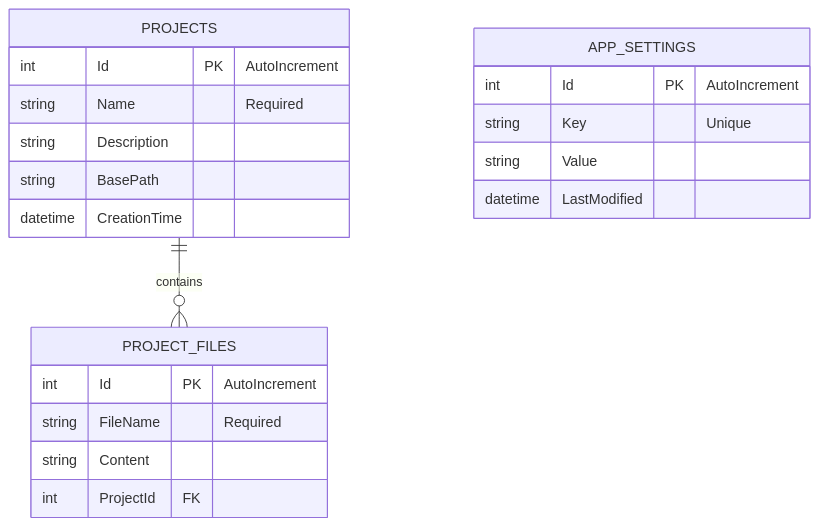
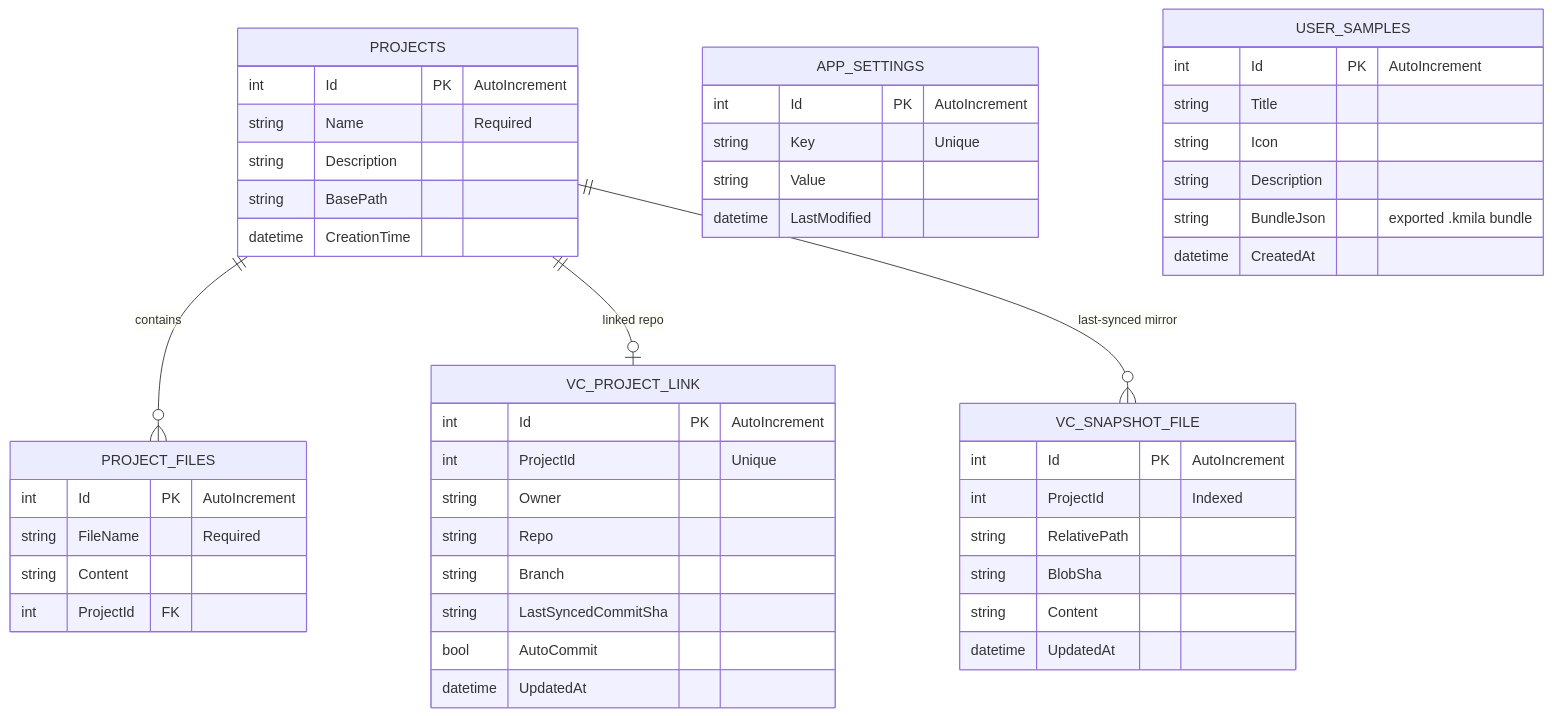
The eighth of 19 diagrams in README.md (Kmila9s/Kmila), drawn with Mermaid before and after one commit. The commit also changed other lines of this file and 2 other files, not shown here.

````diff
--- a/README.md
+++ b/README.md
@@ -415,26 +421,57 @@
 ```mermaid
 erDiagram
     PROJECTS {
         int Id PK "AutoIncrement"
         string Name "Required"
         string Description
         string BasePath
         datetime CreationTime
     }
 
     PROJECT_FILES {
         int Id PK "AutoIncrement"
         string FileName "Required"
         string Content
         int ProjectId FK
     }
 
     APP_SETTINGS {
         int Id PK "AutoIncrement"
         string Key "Unique"
         string Value
         datetime LastModified
     }
 
+    USER_SAMPLES {
+        int Id PK "AutoIncrement"
+        string Title
+        string Icon
+        string Description
+        string BundleJson "exported .kmila bundle"
+        datetime CreatedAt
+    }
+
+    VC_PROJECT_LINK {
+        int Id PK "AutoIncrement"
+        int ProjectId "Unique"
+        string Owner
+        string Repo
+        string Branch
+        string LastSyncedCommitSha
+        bool AutoCommit
+        datetime UpdatedAt
+    }
+
+    VC_SNAPSHOT_FILE {
+        int Id PK "AutoIncrement"
+        int ProjectId "Indexed"
+        string RelativePath
+        string BlobSha
+        string Content
+        datetime UpdatedAt
+    }
+
     PROJECTS ||--o{ PROJECT_FILES : contains
+    PROJECTS ||--o| VC_PROJECT_LINK : "linked repo"
+    PROJECTS ||--o{ VC_SNAPSHOT_FILE : "last-synced mirror"
 ```
````
